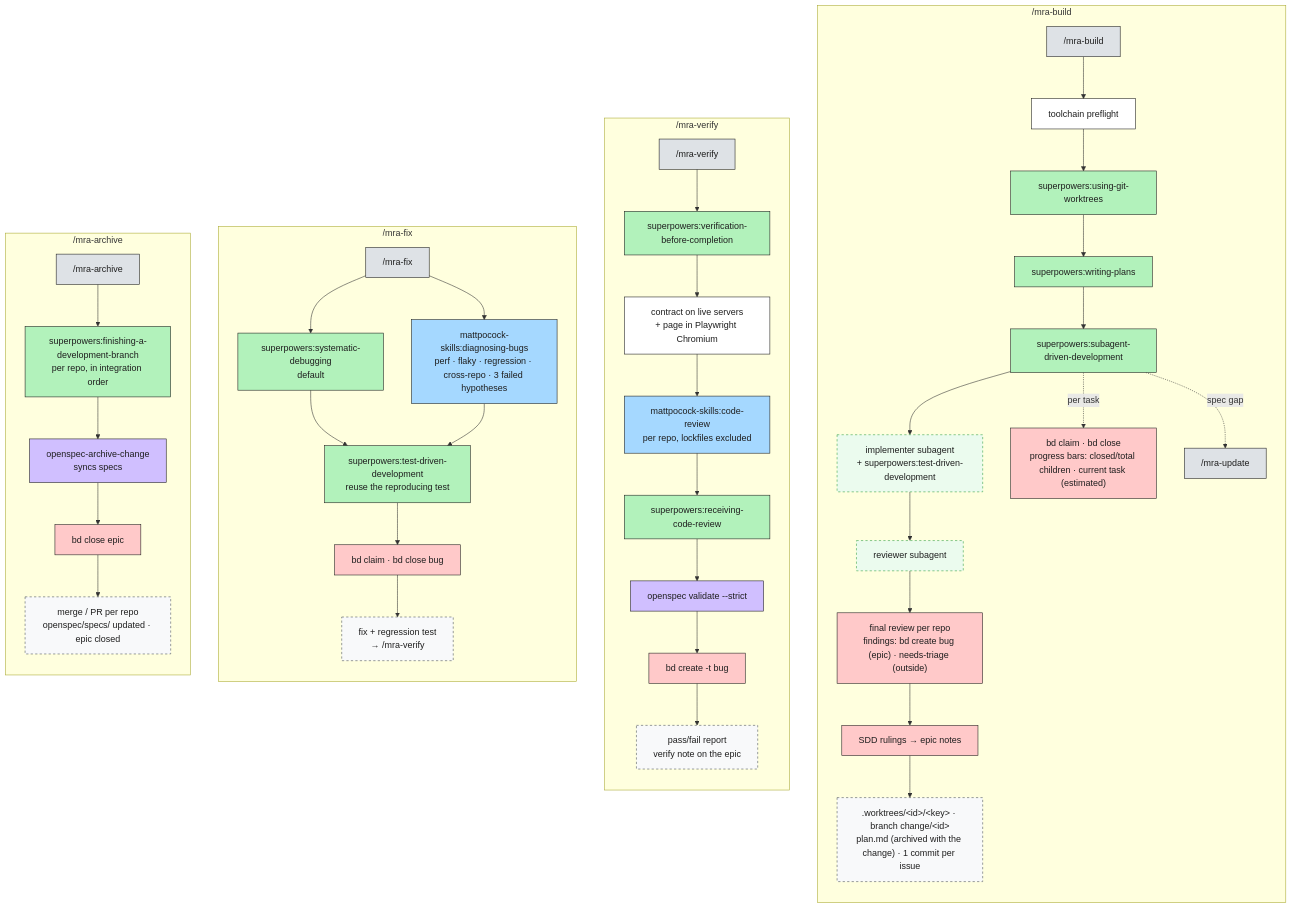
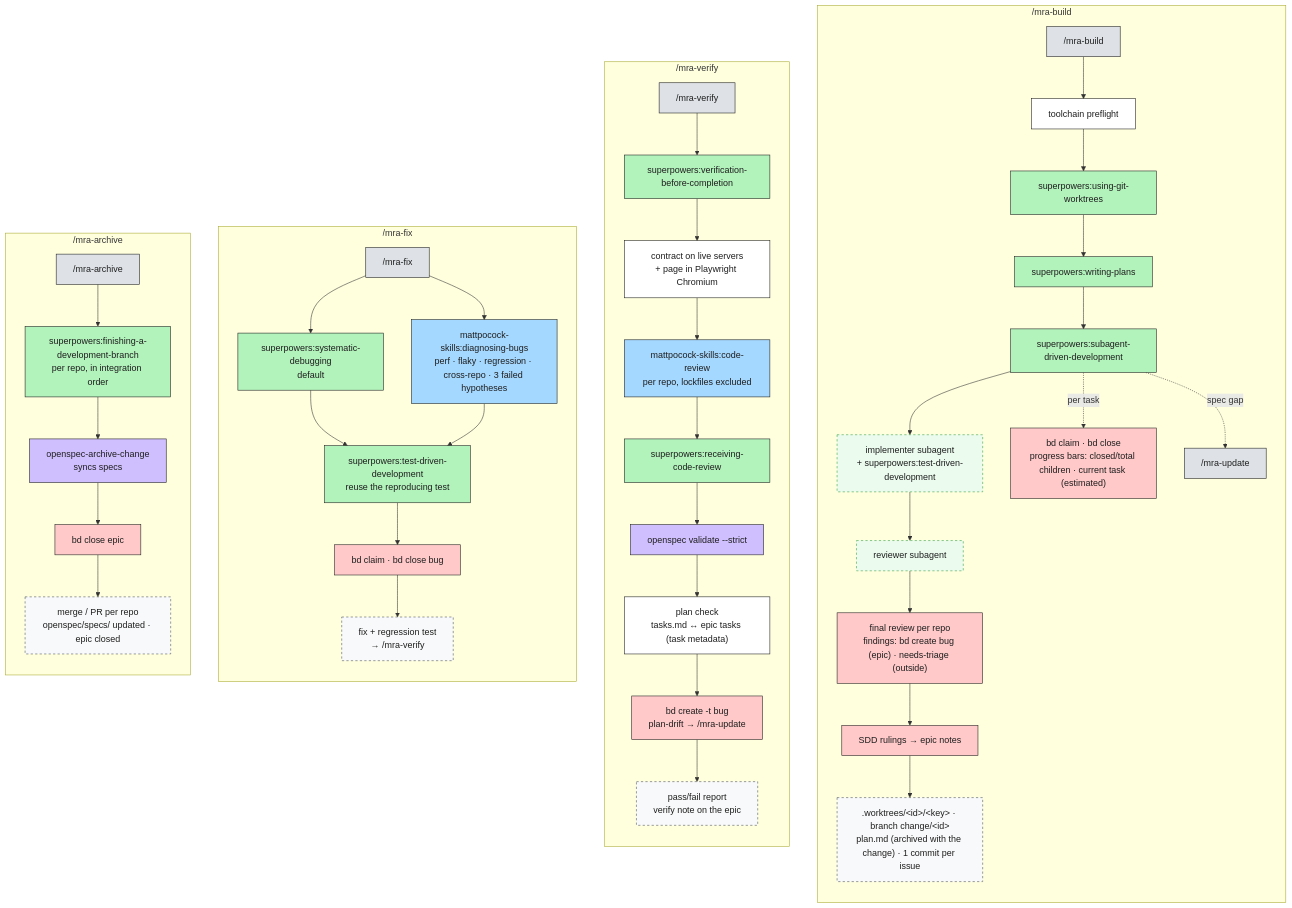
Before and after one commit to Ancora-Ancora/mra-flow: the third of 5 diagrams in payload/orchestrator/.mra-flow/docs/mra-flow.md, drawn with Mermaid. The commit also changed other lines of this file and 9 other files, not shown here.

First line of the commit message:
Link tasks to beads issues by metadata and check plan drift; release 0.1.14

````diff
--- a/payload/orchestrator/.mra-flow/docs/mra-flow.md
+++ b/payload/orchestrator/.mra-flow/docs/mra-flow.md
@@ -106,52 +106,53 @@
 ```mermaid
 flowchart TB
     classDef phase fill:#dee2e6,stroke:#1e1e1e,color:#1e1e1e
     classDef mpwrap fill:#ffec99,stroke:#1e1e1e,color:#1e1e1e
     classDef sp fill:#b2f2bb,stroke:#1e1e1e,color:#1e1e1e
     classDef mp fill:#a5d8ff,stroke:#1e1e1e,color:#1e1e1e
     classDef os fill:#d0bfff,stroke:#1e1e1e,color:#1e1e1e
     classDef bd fill:#ffc9c9,stroke:#1e1e1e,color:#1e1e1e
     classDef art fill:#f8f9fa,stroke:#495057,stroke-dasharray:4 4,color:#1e1e1e
     classDef sub fill:#ebfbee,stroke:#2f9e44,stroke-dasharray:4 4,color:#1e1e1e
     classDef step fill:#ffffff,stroke:#1e1e1e,color:#1e1e1e
 
     subgraph BU["/mra-build"]
         direction TB
         bu["/mra-build"]:::phase --> bu0["toolchain preflight"]:::step
         bu0 --> bu1["superpowers:using-git-worktrees"]:::sp
         bu1 --> bu2["superpowers:writing-plans"]:::sp
         bu2 --> bu3["superpowers:subagent-driven-development"]:::sp
         bu3 --> bu4["implementer subagent<br/>+ superpowers:test-driven-development"]:::sub
         bu4 --> bu5["reviewer subagent"]:::sub
         bu3 -. per task .-> bu6["bd claim · bd close<br/>progress bars: closed/total children · current task (estimated)"]:::bd
         bu3 -. spec gap .-> bu7["/mra-update"]:::phase
         bu5 --> bu8["final review per repo<br/>findings: bd create bug (epic) · needs-triage (outside)"]:::bd
         bu8 --> bu9["SDD rulings → epic notes"]:::bd
         bu9 --> buA[".worktrees/#lt;id#gt;/#lt;key#gt; · branch change/#lt;id#gt;<br/>plan.md (archived with the change) · 1 commit per issue"]:::art
     end
     subgraph VE["/mra-verify"]
         direction TB
         ve["/mra-verify"]:::phase --> ve1["superpowers:verification-before-completion"]:::sp
         ve1 --> ve6["contract on live servers<br/>+ page in Playwright Chromium"]:::step
         ve6 --> ve2["mattpocock-skills:code-review<br/>per repo, lockfiles excluded"]:::mp
         ve2 --> ve3["superpowers:receiving-code-review"]:::sp
         ve3 --> ve4["openspec validate --strict"]:::os
-        ve4 --> ve5["bd create -t bug"]:::bd
+        ve4 --> ve7["plan check<br/>tasks.md ↔ epic tasks (task metadata)"]:::step
+        ve7 --> ve5["bd create -t bug<br/>plan-drift → /mra-update"]:::bd
         ve5 --> veA["pass/fail report<br/>verify note on the epic"]:::art
     end
     subgraph FX["/mra-fix"]
         direction TB
         fx["/mra-fix"]:::phase --> fx1["superpowers:systematic-debugging<br/>default"]:::sp
         fx --> fx2["mattpocock-skills:diagnosing-bugs<br/>perf · flaky · regression · cross-repo · 3 failed hypotheses"]:::mp
         fx1 & fx2 --> fx3["superpowers:test-driven-development<br/>reuse the reproducing test"]:::sp
         fx3 --> fx4["bd claim · bd close bug"]:::bd
         fx4 --> fxA["fix + regression test<br/>→ /mra-verify"]:::art
     end
     subgraph AR["/mra-archive"]
         direction TB
         ar["/mra-archive"]:::phase --> ar1["superpowers:finishing-a-development-branch<br/>per repo, in integration order"]:::sp
         ar1 --> ar2["openspec-archive-change<br/>syncs specs"]:::os
         ar2 --> ar3["bd close epic"]:::bd
         ar3 --> arA["merge / PR per repo<br/>openspec/specs/ updated · epic closed"]:::art
     end
 ```
````
